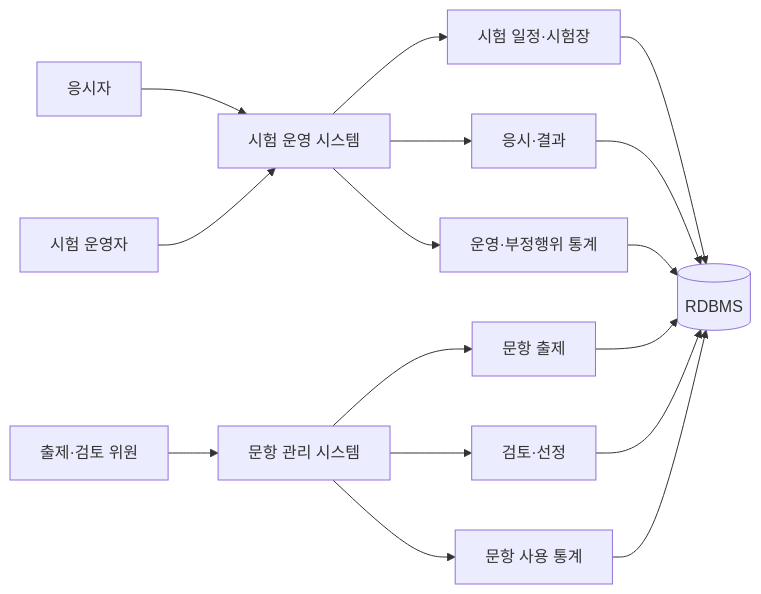
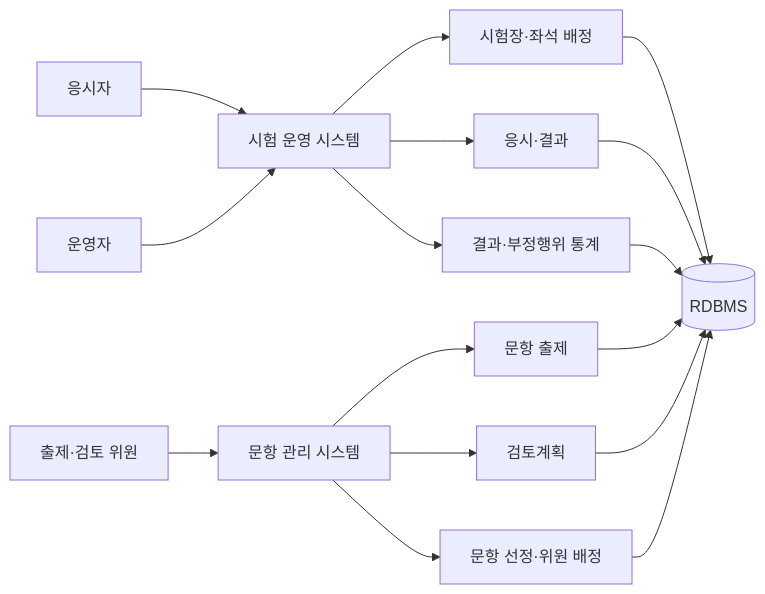
One commit to jeon97/iosys_online_test_platform changed the diagram in README.md. Above: the diagram before and after it, drawn with Mermaid. The commit also changed other lines of this file and 10 other files, not shown here.

````diff
--- a/README.md
+++ b/README.md
@@ -18,35 +9,21 @@
 ```mermaid
 flowchart LR
-    Applicant[응시자]
-    Operator[시험 운영자]
-    Reviewer[출제·검토 위원]
+    Applicant[응시자] --> Test[시험 운영 시스템]
+    Operator[운영자] --> Test
+    Reviewer[출제·검토 위원] --> Pool[문항 관리 시스템]
 
-    OnlineTest[시험 운영 시스템]
-    ItemPool[문항 관리 시스템]
+    Test --> Assignment[시험장·좌석 배정]
+    Test --> Result[응시·결과]
+    Test --> Stats[결과·부정행위 통계]
 
-    Schedule[시험 일정·시험장]
-    Exam[응시·결과]
-    Statistics[운영·부정행위 통계]
-    Authoring[문항 출제]
-    Review[검토·선정]
-    Usage[문항 사용 통계]
-    DB[(RDBMS)]
+    Pool --> Authoring[문항 출제]
+    Pool --> Review[검토계획]
+    Pool --> Selection[문항 선정·위원 배정]
 
-    Applicant --> OnlineTest
-    Operator --> OnlineTest
-    Reviewer --> ItemPool
-
-    OnlineTest --> Schedule
-    OnlineTest --> Exam
-    OnlineTest --> Statistics
-    ItemPool --> Authoring
-    ItemPool --> Review
-    ItemPool --> Usage
-
-    Schedule --> DB
-    Exam --> DB
-    Statistics --> DB
+    Assignment --> DB[(RDBMS)]
+    Result --> DB
+    Stats --> DB
     Authoring --> DB
     Review --> DB
-    Usage --> DB
+    Selection --> DB
 ```
````
